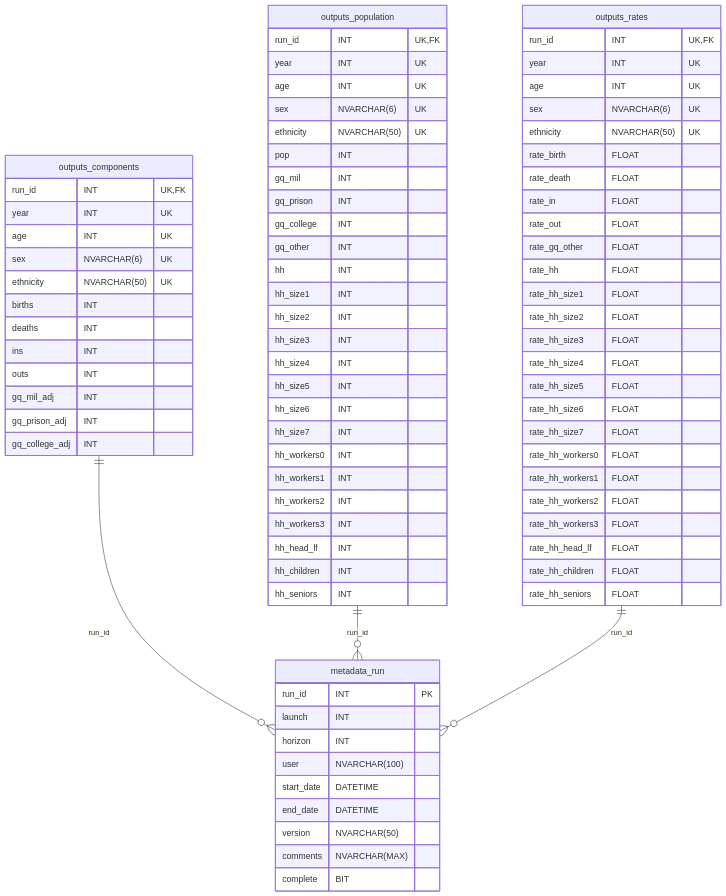
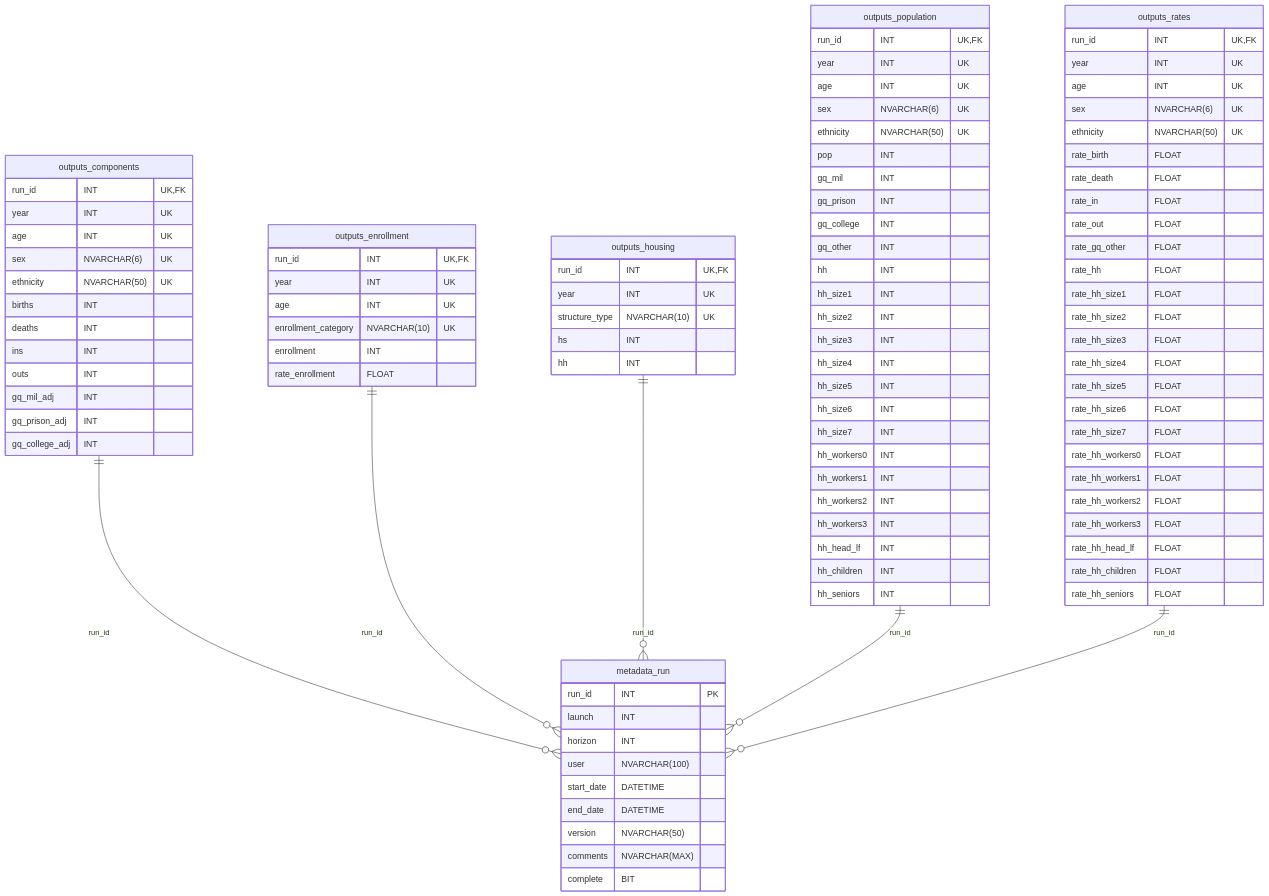
One commit to SANDAG/Cohort-Component-Model changed the diagram in README.md. Above: the diagram before and after it, drawn with Mermaid. The commit also changed 5 other files, not shown here.

````diff
--- a/README.md
+++ b/README.md
@@ -122,6 +122,23 @@
         gq_mil_adj INT
         gq_prison_adj INT
         gq_college_adj INT
+    }
+
+    outputs_enrollment {
+        run_id INT UK, FK
+        year INT UK
+        age INT UK
+        enrollment_category NVARCHAR(10) UK
+        enrollment INT
+        rate_enrollment FLOAT
+    }
+
+    outputs_housing {
+        run_id INT UK, FK
+        year INT UK
+        structure_type NVARCHAR(10) UK
+        hs INT
+        hh INT
     }
 
     outputs_population {
@@ -181,6 +198,8 @@
     }
 
     outputs_components ||--o{ metadata_run : "run_id"
+    outputs_enrollment ||--o{ metadata_run : "run_id"
+    outputs_housing ||--o{ metadata_run : "run_id"
     outputs_population ||--o{ metadata_run : "run_id"
     outputs_rates ||--o{ metadata_run : "run_id"
 ```
````
